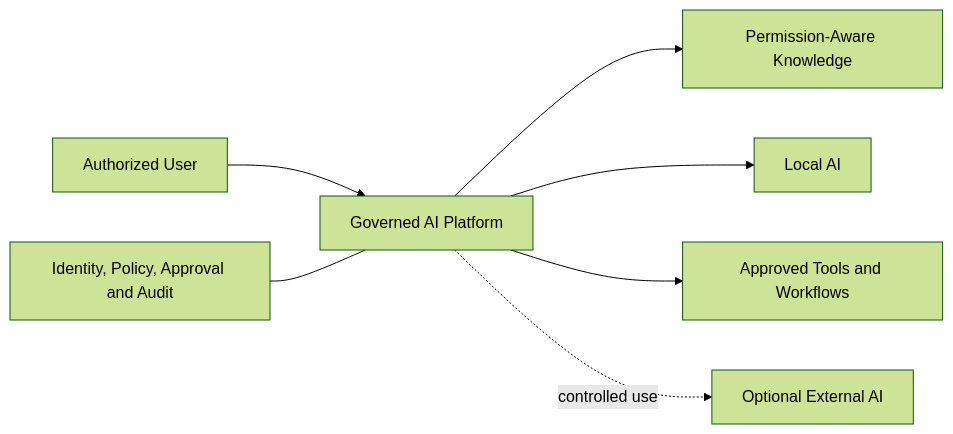
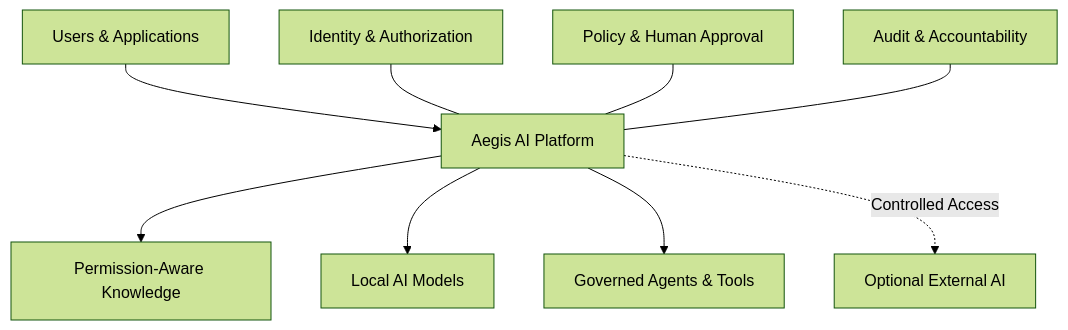
One commit to danielsal97/Local-First-Enterprise-AI-Platform changed the first of 2 diagrams in README.md. Above: the diagram before and after it, drawn with Mermaid (forest theme). The commit also changed other lines of this file, not shown here.

````diff
--- a/README.md
+++ b/README.md
@@ -22,9 +81,25 @@
 ```mermaid
-flowchart LR
-    U[Authorized User] --> P[Governed AI Platform]
-    P --> K[Permission-Aware Knowledge]
-    P --> L[Local AI]
-    P --> W[Approved Tools and Workflows]
-    P -. controlled use .-> X[Optional External AI]
-    G[Identity, Policy, Approval and Audit] --- P
+flowchart TD
+    U["Users & Applications"]
+    P["Aegis AI Platform"]
+
+    K["Permission-Aware Knowledge"]
+    L["Local AI Models"]
+    T["Governed Agents & Tools"]
+    E["Optional External AI"]
+
+    G["Identity & Authorization"]
+    H["Policy & Human Approval"]
+    A["Audit & Accountability"]
+
+    U --> P
+
+    P --> K
+    P --> L
+    P --> T
+    P -. "Controlled Access" .-> E
+
+    G --- P
+    H --- P
+    A --- P
 ```
````
